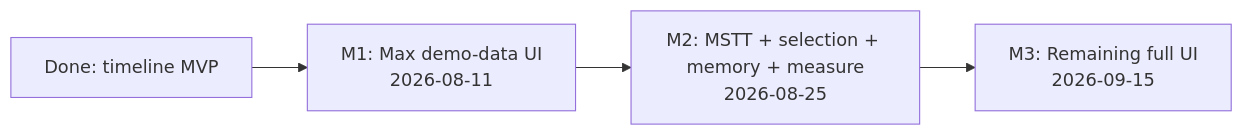
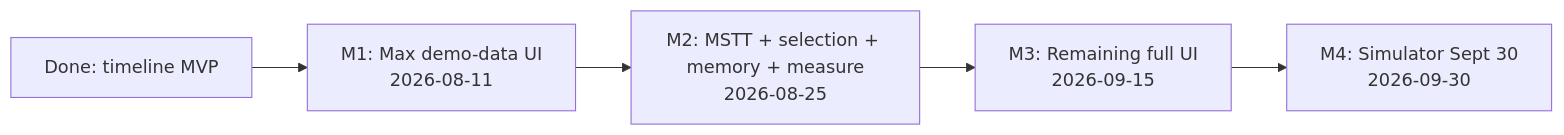
One commit to IdeFrontend/profiling-report changed the diagram in docs/process/roadmap/README.md. Above: the diagram before and after it, drawn with Mermaid. The commit also changed other lines of this file and 79 other files, not shown here.

````diff
--- a/docs/process/roadmap/README.md
+++ b/docs/process/roadmap/README.md
@@ -13,8 +14,9 @@
 ```mermaid
 flowchart LR
   done["Done: timeline MVP"]
   m1["M1: Max demo-data UI\n2026-08-11"]
   m2["M2: MSTT + selection + memory + measure\n2026-08-25"]
   m3["M3: Remaining full UI\n2026-09-15"]
-  done --> m1 --> m2 --> m3
+  m4["M4: Simulator Sept 30\n2026-09-30"]
+  done --> m1 --> m2 --> m3 --> m4
 ```
````
